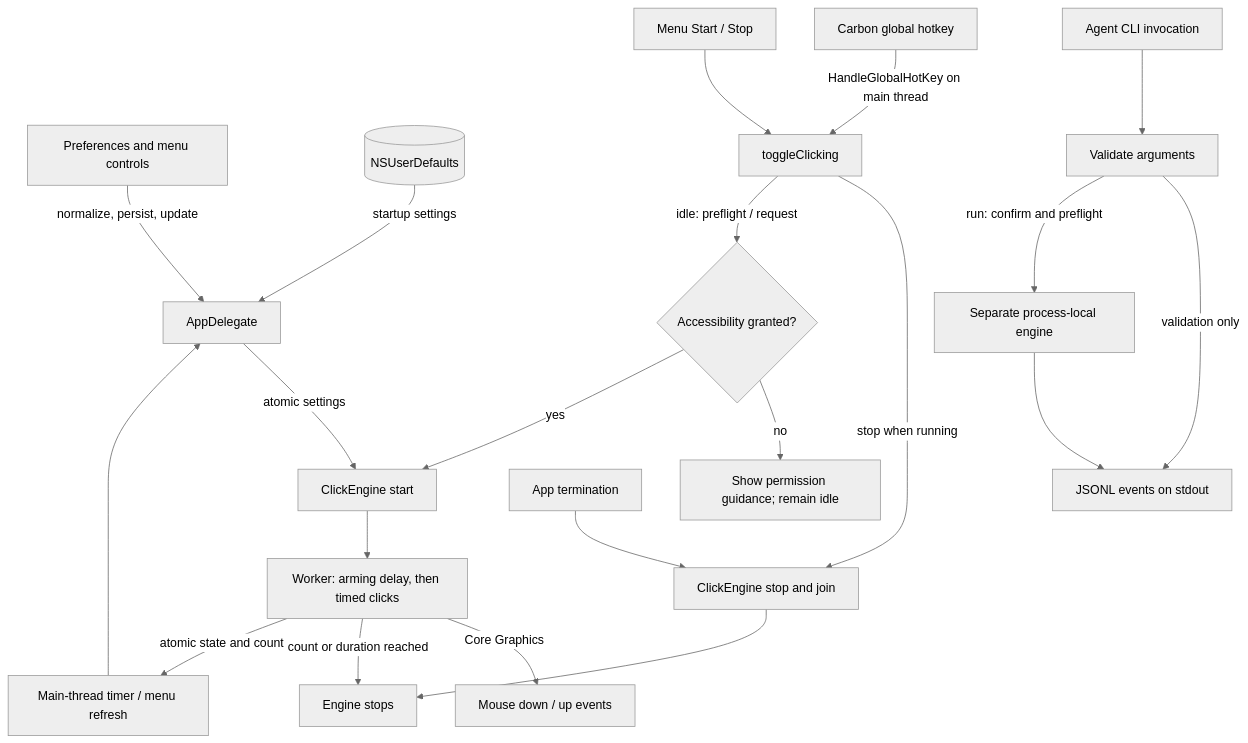
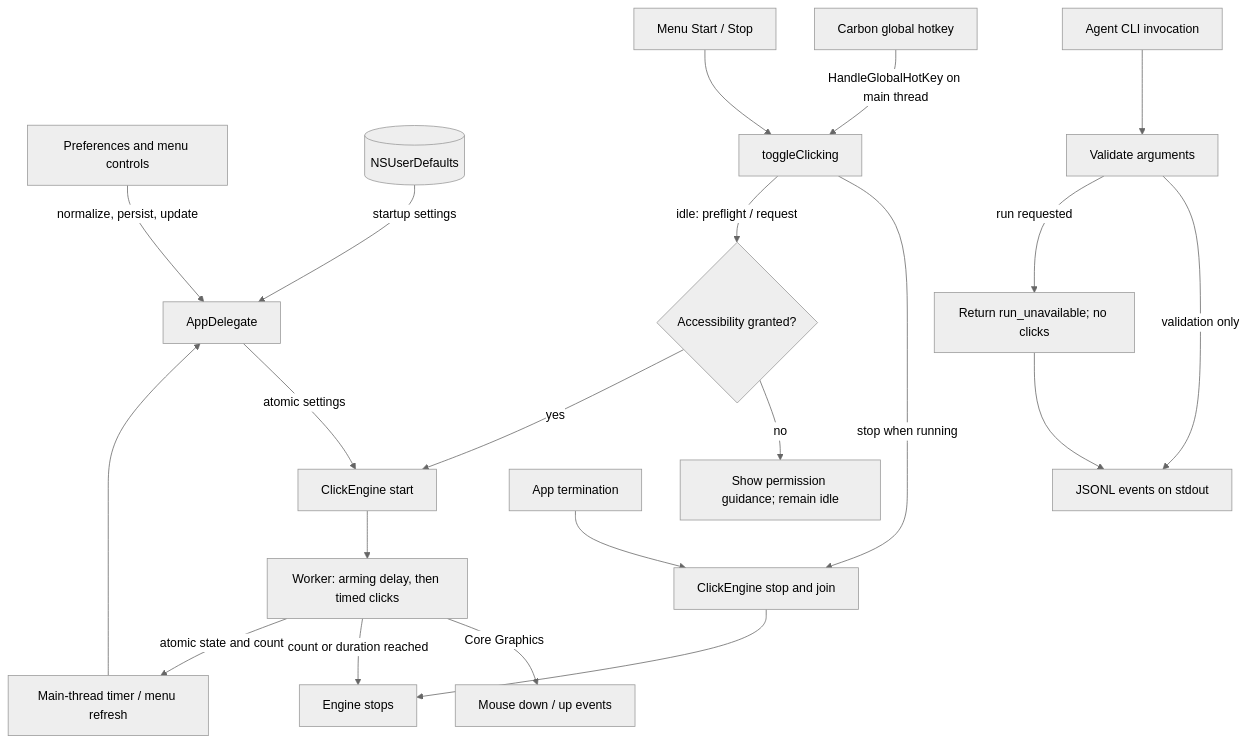
Before and after one commit to SYMBaiEX/symclick: the diagram in docs/ARCHITECTURE.md, drawn with Mermaid (neutral theme). The commit also changed other lines of this file and 2 other files, not shown here.

````diff
--- a/docs/ARCHITECTURE.md
+++ b/docs/ARCHITECTURE.md
@@ -8,23 +8,23 @@
 ```mermaid
 flowchart TD
     P[Preferences and menu controls] -->|normalize, persist, update| D[AppDelegate]
     U[(NSUserDefaults)] -->|startup settings| D
     H[Carbon global hotkey] -->|HandleGlobalHotKey on main thread| T[toggleClicking]
     M[Menu Start / Stop] --> T
     T -->|stop when running| S[ClickEngine stop and join]
     T -->|idle: preflight / request| A{Accessibility granted?}
     A -->|no| E[Show permission guidance; remain idle]
     A -->|yes| G[ClickEngine start]
     D -->|atomic settings| G
     G --> W[Worker: arming delay, then timed clicks]
     W -->|Core Graphics| C[Mouse down / up events]
     W -->|count or duration reached| I[Engine stops]
     S --> I
     W -->|atomic state and count| V[Main-thread timer / menu refresh]
     V --> D
     Q[App termination] --> S
     CLI[Agent CLI invocation] --> X[Validate arguments]
     X -->|validation only| J[JSONL events on stdout]
-    X -->|run: confirm and preflight| W2[Separate process-local engine]
-    W2 --> J
+    X -->|run requested| R[Return run_unavailable; no clicks]
+    R --> J
 ```
````
